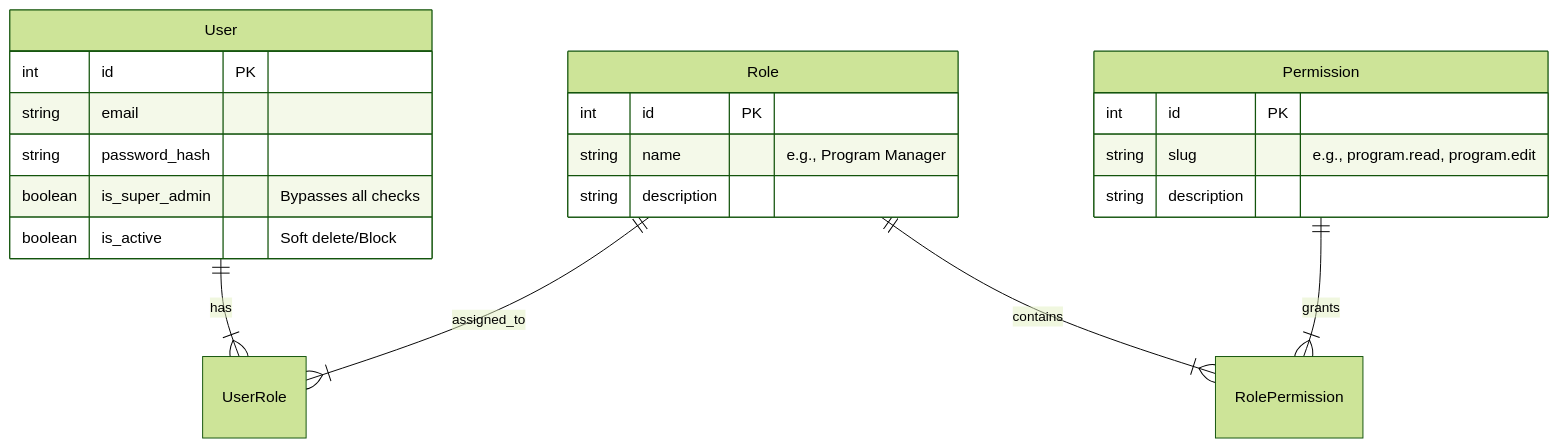
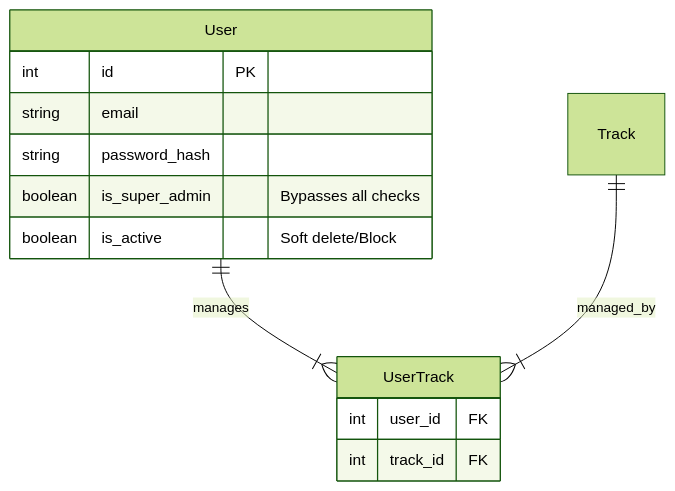
The diagram in docs/prd/07_RBAC_and_User_Management.md (stanisloveme-cloud/UPGRADE), drawn with Mermaid (forest theme) before and after one commit. The commit also changed other lines of this file and 61 other files, not shown here.

````diff
--- a/docs/prd/07_RBAC_and_User_Management.md
+++ b/docs/prd/07_RBAC_and_User_Management.md
@@ -35,27 +35,18 @@
 ```mermaid
 erDiagram
-    User ||--|{ UserRole : has
-    Role ||--|{ UserRole : assigned_to
-    Role ||--|{ RolePermission : contains
-    Permission ||--|{ RolePermission : grants
+    User ||--|{ UserTrack : manages
+    Track ||--|{ UserTrack : managed_by
     
     User {
         int id PK
         string email
         string password_hash
         boolean is_super_admin "Bypasses all checks"
         boolean is_active "Soft delete/Block"
     }
 
-    Role {
-        int id PK
-        string name "e.g., Program Manager"
-        string description
-    }
-
-    Permission {
-        int id PK
-        string slug "e.g., program.read, program.edit"
-        string description
+    UserTrack {
+        int user_id FK
+        int track_id FK
     }
 ```
````
